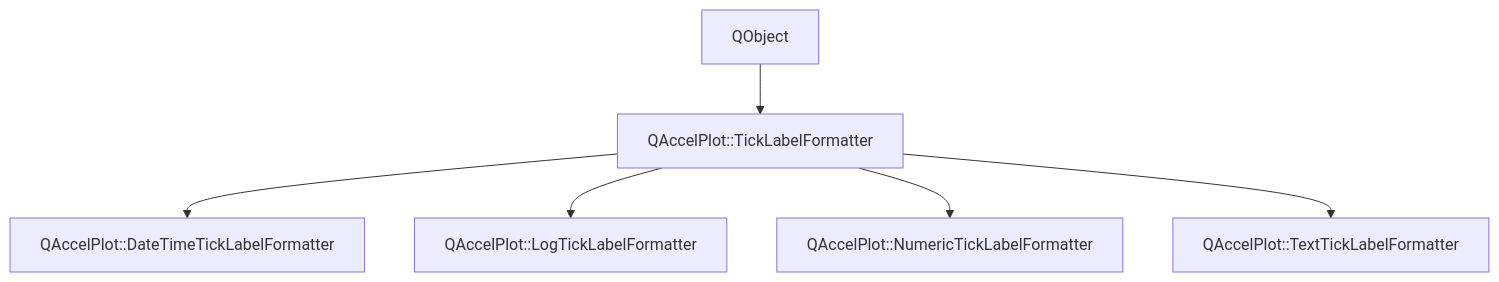
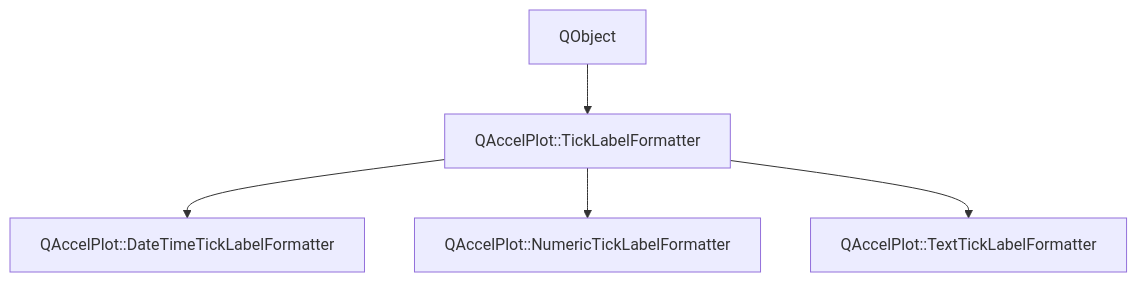
The diagram in main/assets/.doxy/QAccelPlot/api/classQAccelPlot_1_1TickLabelFormatter.md (michalgrabarczyk/QAccelPlot), drawn with Mermaid before and after one commit. The commit also changed other lines of this file and 43 other files, not shown here.

````diff
--- a/main/assets/.doxy/QAccelPlot/api/classQAccelPlot_1_1TickLabelFormatter.md
+++ b/main/assets/.doxy/QAccelPlot/api/classQAccelPlot_1_1TickLabelFormatter.md
@@ -32,24 +32,20 @@
 ```mermaid
 flowchart TB
   classQAccelPlot_1_1TickLabelFormatter["QAccelPlot::TickLabelFormatter"]
 
   external_base_classQAccelPlot_1_1TickLabelFormatter_1["QObject"]
   external_base_classQAccelPlot_1_1TickLabelFormatter_1 --> classQAccelPlot_1_1TickLabelFormatter
 
   classQAccelPlot_1_1DateTimeTickLabelFormatter["QAccelPlot::DateTimeTickLabelFormatter"]
   classQAccelPlot_1_1TickLabelFormatter --> classQAccelPlot_1_1DateTimeTickLabelFormatter
   click classQAccelPlot_1_1DateTimeTickLabelFormatter "../classQAccelPlot_1_1DateTimeTickLabelFormatter/" "Open QAccelPlot::DateTimeTickLabelFormatter"
 
-  classQAccelPlot_1_1LogTickLabelFormatter["QAccelPlot::LogTickLabelFormatter"]
-  classQAccelPlot_1_1TickLabelFormatter --> classQAccelPlot_1_1LogTickLabelFormatter
-  click classQAccelPlot_1_1LogTickLabelFormatter "../classQAccelPlot_1_1LogTickLabelFormatter/" "Open QAccelPlot::LogTickLabelFormatter"
-
   classQAccelPlot_1_1NumericTickLabelFormatter["QAccelPlot::NumericTickLabelFormatter"]
   classQAccelPlot_1_1TickLabelFormatter --> classQAccelPlot_1_1NumericTickLabelFormatter
   click classQAccelPlot_1_1NumericTickLabelFormatter "../classQAccelPlot_1_1NumericTickLabelFormatter/" "Open QAccelPlot::NumericTickLabelFormatter"
 
   classQAccelPlot_1_1TextTickLabelFormatter["QAccelPlot::TextTickLabelFormatter"]
   classQAccelPlot_1_1TickLabelFormatter --> classQAccelPlot_1_1TextTickLabelFormatter
   click classQAccelPlot_1_1TextTickLabelFormatter "../classQAccelPlot_1_1TextTickLabelFormatter/" "Open QAccelPlot::TextTickLabelFormatter"
 
 ```
````
